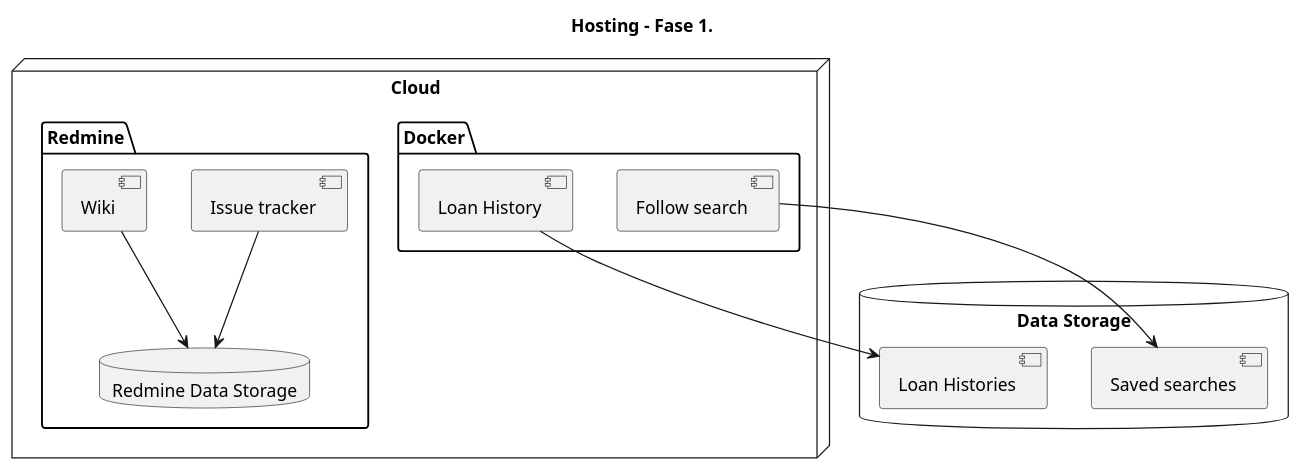
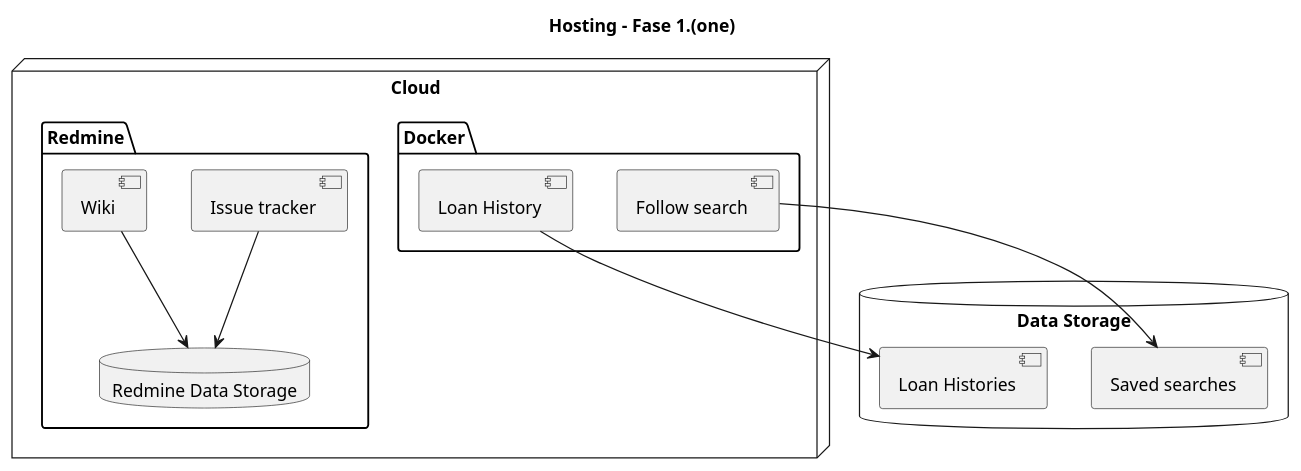
One commit to danskernesdigitalebibliotek/plantuml changed the diagram in docs/hosting/fase1.puml. Above: the diagram before and after it, drawn with PlantUML.

```diff
--- a/docs/hosting/fase1.puml
+++ b/docs/hosting/fase1.puml
@@ -1,31 +1,31 @@
 @startuml
 
-title Hosting - Fase 1.
+title Hosting - Fase 1.(one)
 
 node "Cloud" as cloud {
     package "Redmine" {
         component [Issue tracker] as IssueCms
         component [Wiki] as WikiCms
         database "Redmine Data Storage" as dbRedmine {
         } 
     }
     package "Docker" {
         component [Follow search] as FS
         component [Loan History] as LH
     }
 } 
 
 database "Data Storage" {
     [Loan Histories] as tLH
     [Saved searches] as tFS
 }
 
 'cloud -hidden-> "Data Storage"
 
 IssueCms --> dbRedmine
 WikiCms --> dbRedmine
 
 FS -down-> tFS
 LH -down-> tLH
 
 @enduml
```
